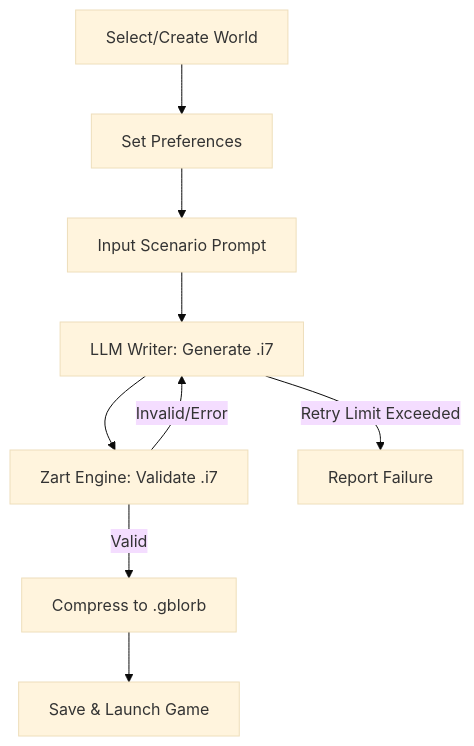
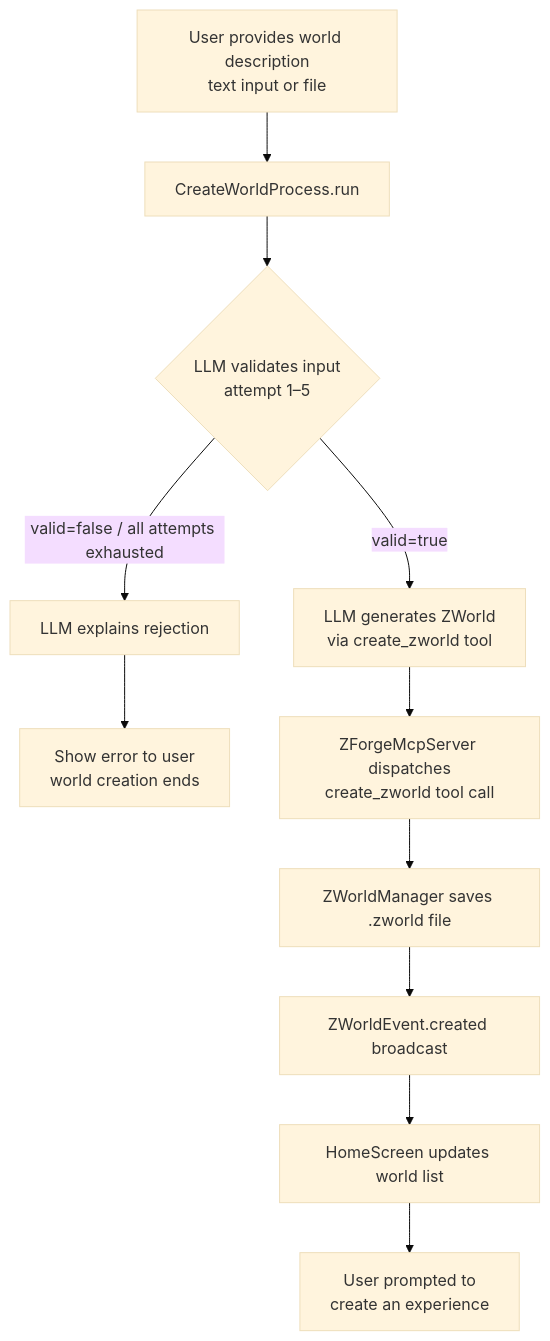
One commit to peterbaileyct/zforge changed the first of 2 diagrams in docs/World Generation.md. Above: the diagram before and after it, drawn with Mermaid (base theme). The commit also changed other lines of this file and 174 other files, not shown here.

Commit message:
Version 0.1; rough UI, but successful LLM generation of world and experience. Implemented by Copilot CLI with interactive Copilot for assistance in spec creation and review, as well as debugging.

````diff
--- a/docs/World Generation.md
+++ b/docs/World Generation.md
@@ -21,11 +37,13 @@
 ```mermaid
 flowchart TD
-    A[Select/Create World] --> B[Set Preferences]
-    B --> C[Input Scenario Prompt]
-    C --> D[LLM Writer: Generate .i7]
-    D --> E[Zart Engine: Validate .i7]
-    E -- Valid --> F[Compress to .gblorb]
-    F --> G[Save & Launch Game]
-    E -- Invalid/Error --> D
-    D -- Retry Limit Exceeded --> H[Report Failure]
+    A[User provides world description\ntext input or file] --> B[CreateWorldProcess.run]
+    B --> C{LLM validates input\nattempt 1–5}
+    C -- valid=true --> D[LLM generates ZWorld\nvia create_zworld tool]
+    C -- valid=false / all attempts exhausted --> E[LLM explains rejection]
+    E --> F[Show error to user\nworld creation ends]
+    D --> G[ZForgeMcpServer dispatches\ncreate_zworld tool call]
+    G --> H[ZWorldManager saves .zworld file]
+    H --> I[ZWorldEvent.created broadcast]
+    I --> J[HomeScreen updates world list]
+    J --> K[User prompted to\ncreate an experience]
 ```
````
